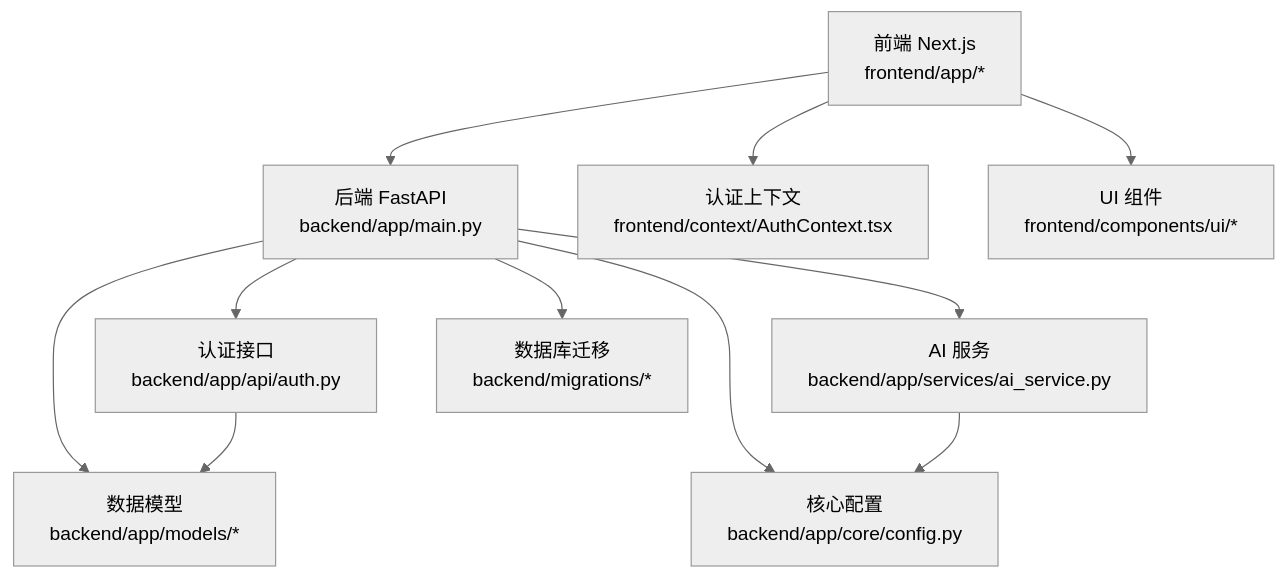
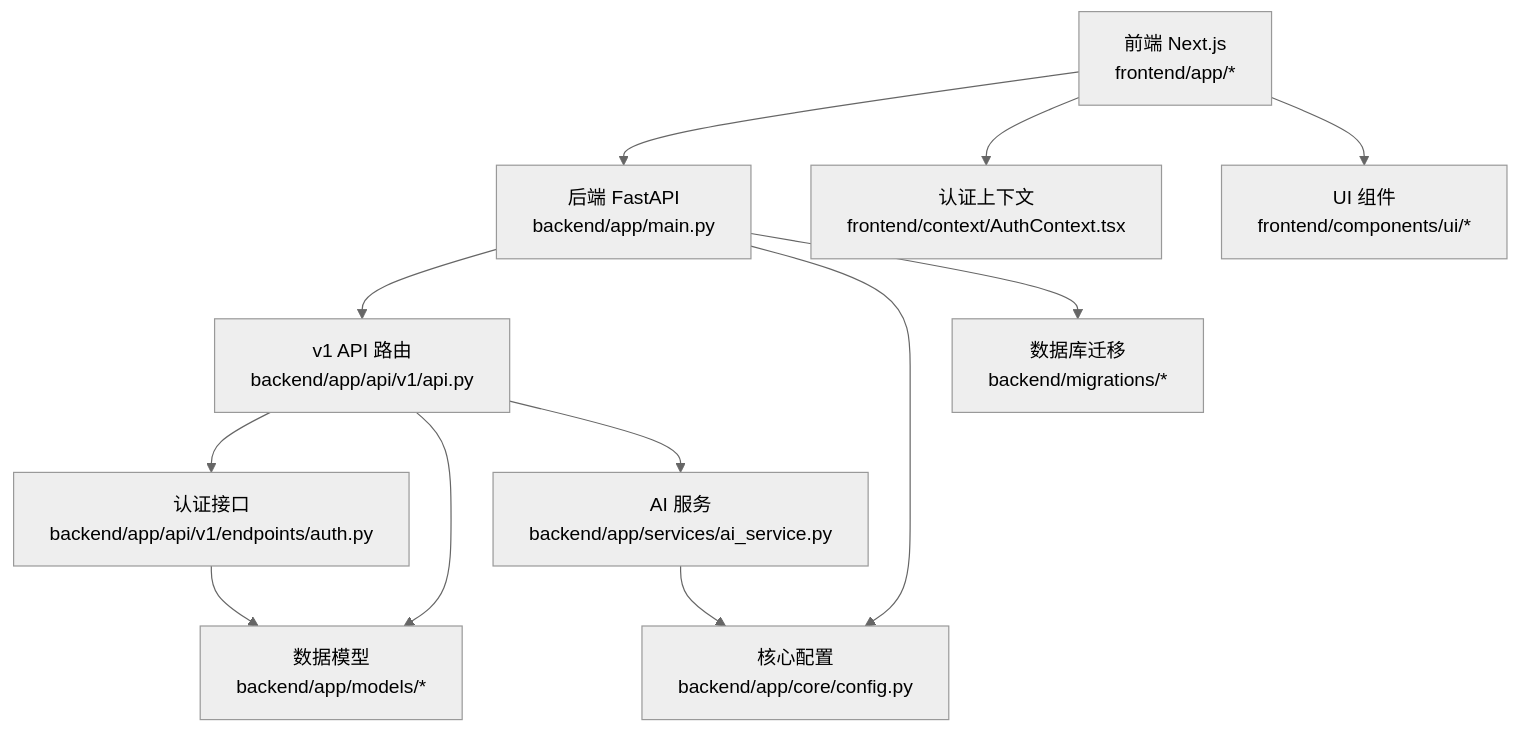
The second of 3 diagrams in .qoder/repowiki/zh/content/项目概述/项目结构.md (breeze-lyf/ai-stock-advisor), drawn with Mermaid (neutral theme) before and after one commit. The commit also changed other lines of this file and 43 other files, not shown here.

````diff
--- a/.qoder/repowiki/zh/content/项目概述/项目结构.md
+++ b/.qoder/repowiki/zh/content/项目概述/项目结构.md
@@ -131,13 +144,14 @@
 ```mermaid
 graph TB
 FE["前端 Next.js<br/>frontend/app/*"] --> AP["后端 FastAPI<br/>backend/app/main.py"]
-AP --> AUTH["认证接口<br/>backend/app/api/auth.py"]
-AP --> MODELS["数据模型<br/>backend/app/models/*"]
-AP --> SVC["AI 服务<br/>backend/app/services/ai_service.py"]
+AP --> API["v1 API 路由<br/>backend/app/api/v1/api.py"]
+API --> AUTH["认证接口<br/>backend/app/api/v1/endpoints/auth.py"]
+API --> MODELS["数据模型<br/>backend/app/models/*"]
+API --> SVC["AI 服务<br/>backend/app/services/ai_service.py"]
 AP --> CORE["核心配置<br/>backend/app/core/config.py"]
 FE --> CTX["认证上下文<br/>frontend/context/AuthContext.tsx"]
 FE --> UI["UI 组件<br/>frontend/components/ui/*"]
 AUTH --> MODELS
 SVC --> CORE
 AP --> MIG["数据库迁移<br/>backend/migrations/*"]
 ```
````
